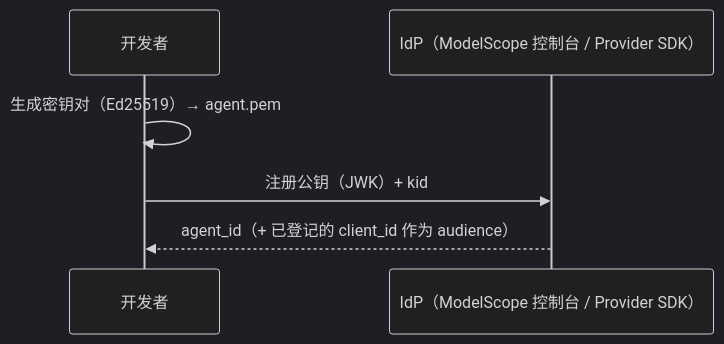
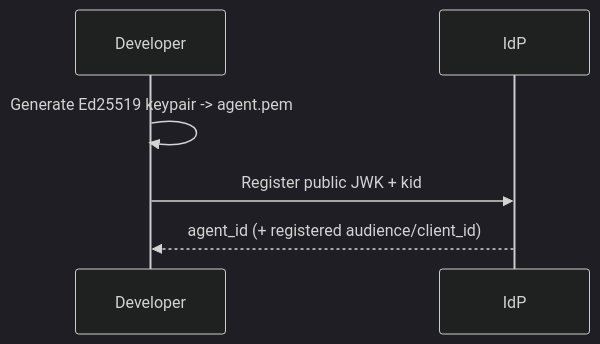
One commit to agentscope-ai/agent-identity changed the first of 2 diagrams in README.md. Above: the diagram before and after it, drawn with Mermaid (dark theme). The commit also changed other lines of this file and 39 other files, not shown here.

Commit message:
docs: clean up public AgentID documentation

````diff
--- a/README.md
+++ b/README.md
@@ -26,8 +38,8 @@
 ```mermaid
 sequenceDiagram
-    participant Dev as 开发者
-    participant MS as IdP（ModelScope 控制台 / Provider SDK）
-    Dev->>Dev: 生成密钥对（Ed25519）→ agent.pem
-    Dev->>MS: 注册公钥（JWK）+ kid
-    MS-->>Dev: agent_id（+ 已登记的 client_id 作为 audience）
+    participant Dev as Developer
+    participant IdP as IdP
+    Dev->>Dev: Generate Ed25519 keypair -> agent.pem
+    Dev->>IdP: Register public JWK + kid
+    IdP-->>Dev: agent_id (+ registered audience/client_id)
 ```
````
